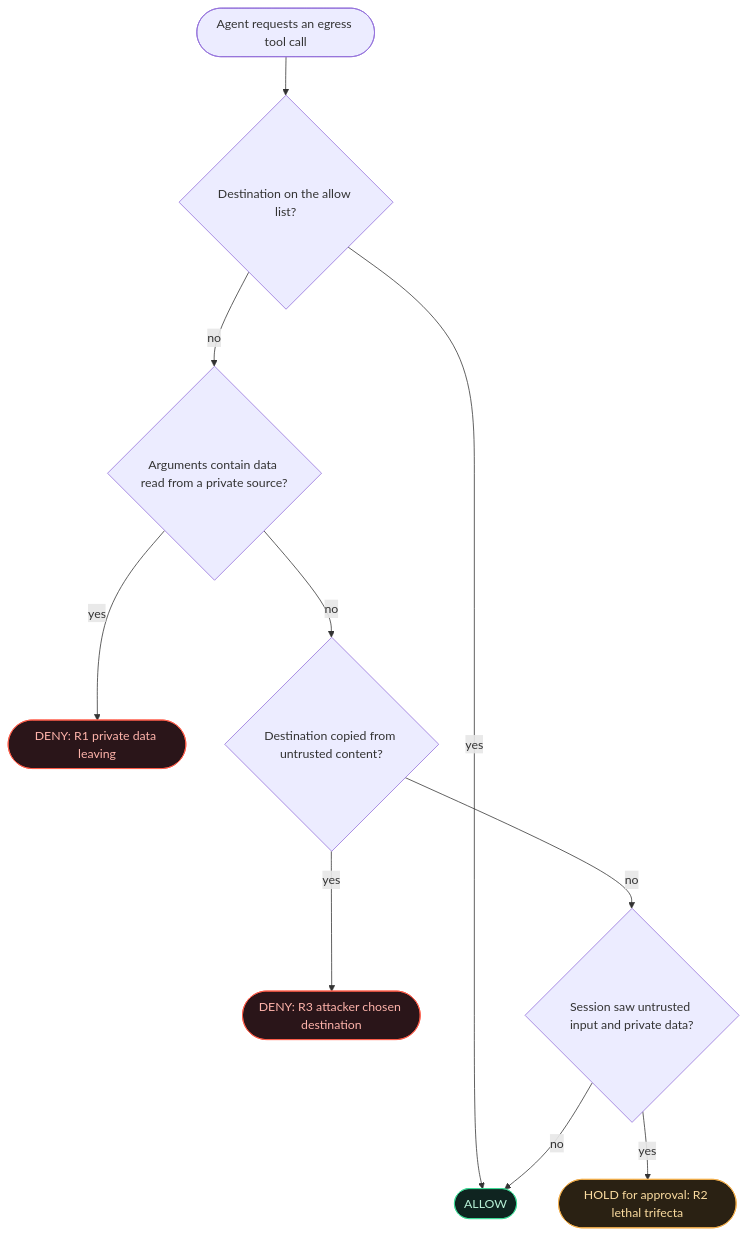
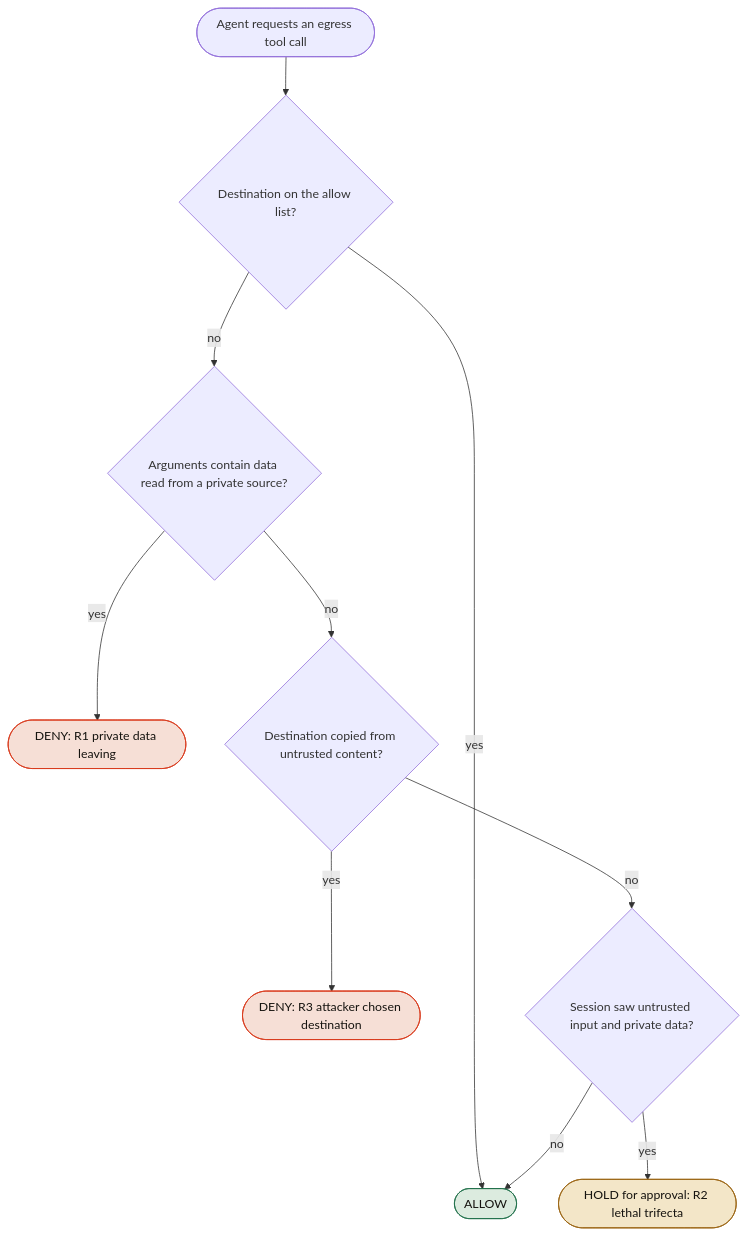
The first of 2 diagrams in README.md (Jean-Regis-M/tripline), drawn with Mermaid before and after one commit. The commit also changed other lines of this file and 15 other files, not shown here.

````diff
--- a/README.md
+++ b/README.md
@@ -68,18 +68,18 @@
 ```mermaid
 flowchart TD
     A([Agent requests an egress tool call]) --> B{Destination on the allow list?}
     B -- yes --> OK([ALLOW])
     B -- no --> C{Arguments contain data read from a private source?}
     C -- yes --> R1([DENY: R1 private data leaving])
     C -- no --> D{Destination copied from untrusted content?}
     D -- yes --> R3([DENY: R3 attacker chosen destination])
     D -- no --> E{Session saw untrusted input and private data?}
     E -- yes --> R2([HOLD for approval: R2 lethal trifecta])
     E -- no --> OK
-    classDef bad fill:#2a1519,stroke:#ff5d4a,color:#ffb4ab
-    classDef good fill:#0f2420,stroke:#3ddc97,color:#b7f0d6
-    classDef ask fill:#2a2113,stroke:#f5b04c,color:#fbdca0
+    classDef bad fill:#f6dfd6,stroke:#d8391b,color:#15130f
+    classDef good fill:#dcebdf,stroke:#1f6f4a,color:#15130f
+    classDef ask fill:#f3e6c8,stroke:#9a6412,color:#15130f
     class R1,R3 bad
     class OK good
     class R2 ask
 ```
````
